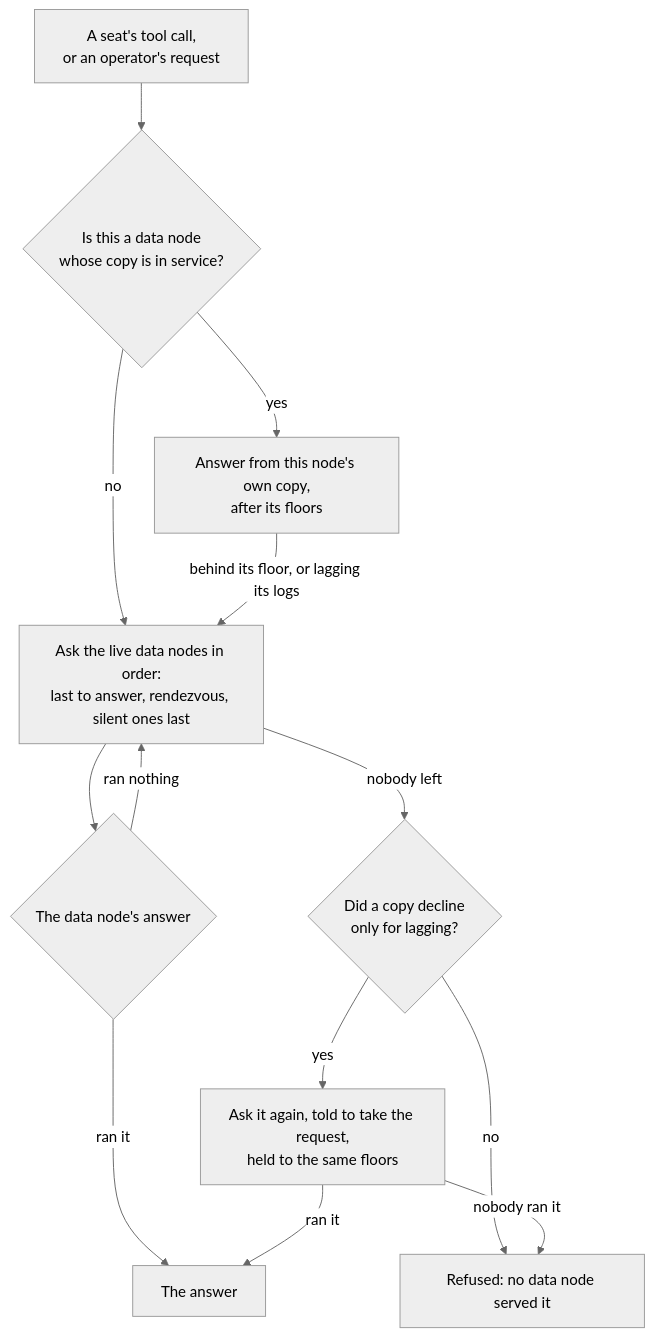
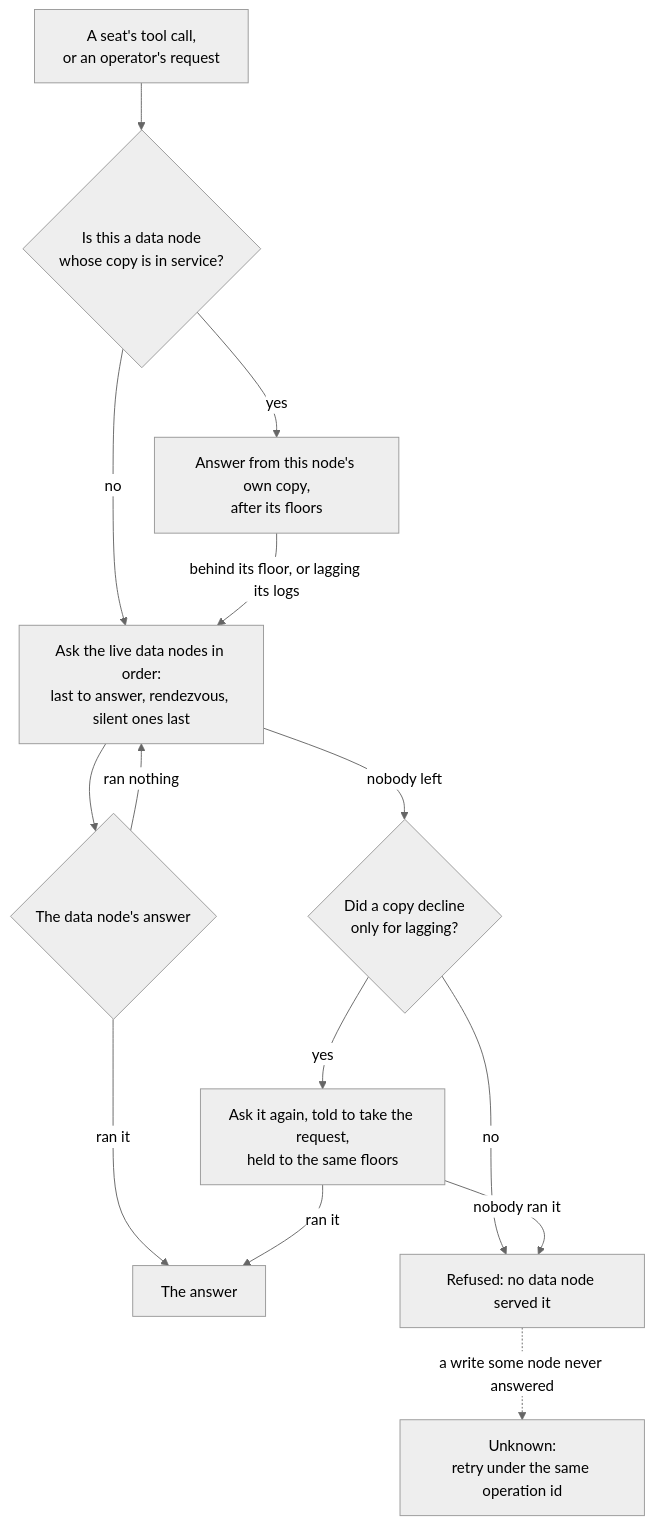
The second of 2 diagrams in docs/concepts/scaling.md (crewlet/crewlet), drawn with Mermaid (neutral theme) before and after one commit. The commit also changed other lines of this file and 11 other files, not shown here.

First line of the commit message:
fix(estate): answer a write nobody answered as unknown, with its retry

````diff
--- a/docs/concepts/scaling.md
+++ b/docs/concepts/scaling.md
@@ -108,15 +108,16 @@
 ```mermaid
 flowchart TD
     op[A seat's tool call,<br/>or an operator's request] --> local{Is this a data node<br/>whose copy is in service?}
     local -- yes --> own[Answer from this node's own copy,<br/>after its floors]
     local -- no --> order[Ask the live data nodes in order:<br/>last to answer, rendezvous, silent ones last]
     own -- behind its floor, or lagging its logs --> order
     order --> reply{The data node's answer}
     reply -- ran it --> done[The answer]
     reply -- ran nothing --> order
     order -- nobody left --> lagging{Did a copy decline<br/>only for lagging?}
     lagging -- yes --> last[Ask it again, told to take the request,<br/>held to the same floors]
     last -- ran it --> done
     lagging -- no --> unserved[Refused: no data node served it]
     last -- nobody ran it --> unserved
+    unserved -. a write some node never answered .-> unknown[Unknown:<br/>retry under the same operation id]
 ```
````
